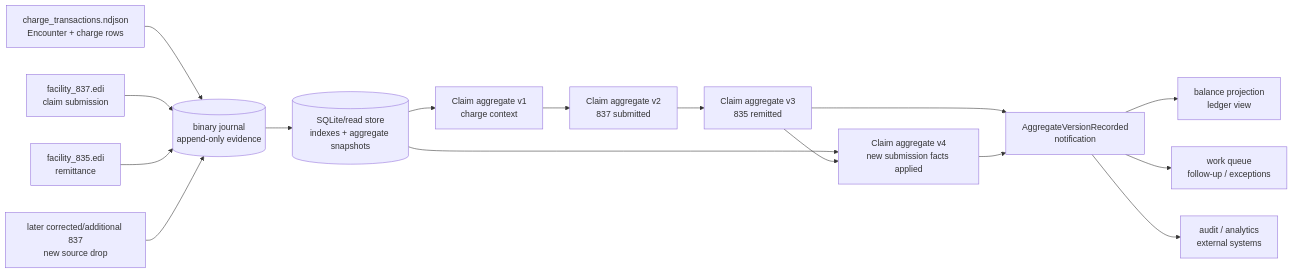
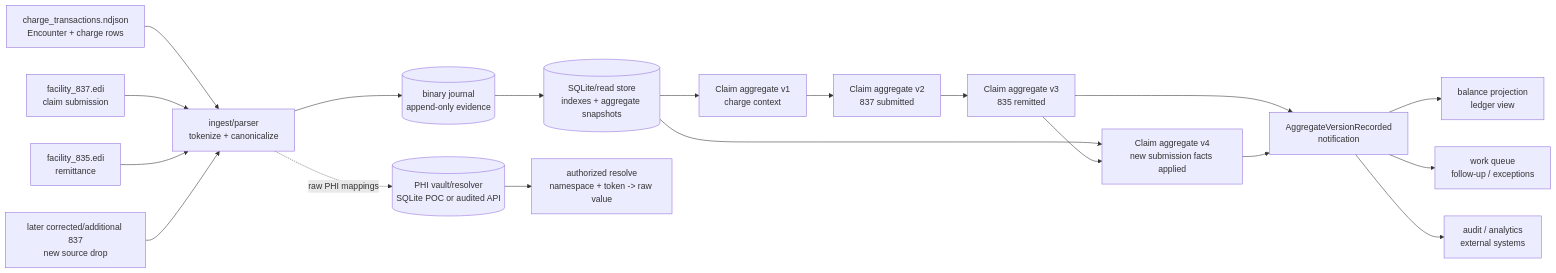
The diagram in README.md (AlexJReid/scribe), drawn with Mermaid before and after one commit. The commit also changed other lines of this file, not shown here.

````diff
--- a/README.md
+++ b/README.md
@@ -53,36 +53,43 @@
 ```mermaid
 flowchart LR
     charges["charge_transactions.ndjson<br/>Encounter + charge rows"]
     f837["facility_837.edi<br/>claim submission"]
     f835["facility_835.edi<br/>remittance"]
+    ingest["ingest/parser<br/>tokenize + canonicalize"]
     journal[("binary journal<br/>append-only evidence")]
     index[("SQLite/read store<br/>indexes + aggregate snapshots")]
+    vault[("PHI vault/resolver<br/>SQLite POC or audited API")]
+    resolve["authorized resolve<br/>namespace + token -> raw value"]
     agg1["Claim aggregate v1<br/>charge context"]
     agg2["Claim aggregate v2<br/>837 submitted"]
     agg3["Claim aggregate v3<br/>835 remitted"]
     later837["later corrected/additional 837<br/>new source drop"]
     agg4["Claim aggregate v4<br/>new submission facts applied"]
     notify["AggregateVersionRecorded<br/>notification"]
     balance["balance projection<br/>ledger view"]
     workq["work queue<br/>follow-up / exceptions"]
     audit["audit / analytics<br/>external systems"]
 
-    charges --> journal
-    f837 --> journal
-    f835 --> journal
+    charges --> ingest
+    f837 --> ingest
+    f835 --> ingest
+
+    ingest --> journal
+    ingest -. raw PHI mappings .-> vault
+    vault --> resolve
 
     journal --> index
     index --> agg1
     agg1 --> agg2
     agg2 --> agg3
 
-    later837 --> journal
+    later837 --> ingest
     index --> agg4
     agg3 --> agg4
 
     agg3 --> notify
     agg4 --> notify
     notify --> balance
     notify --> workq
     notify --> audit
 ```
````
